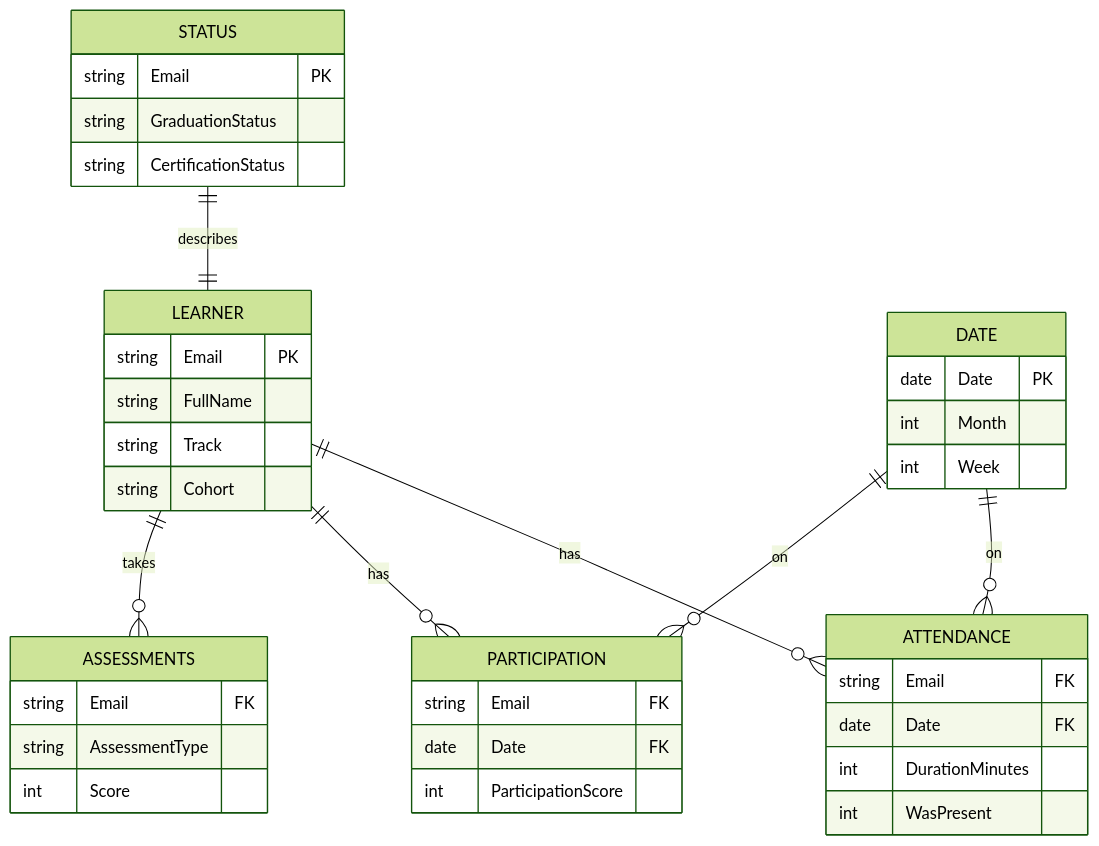
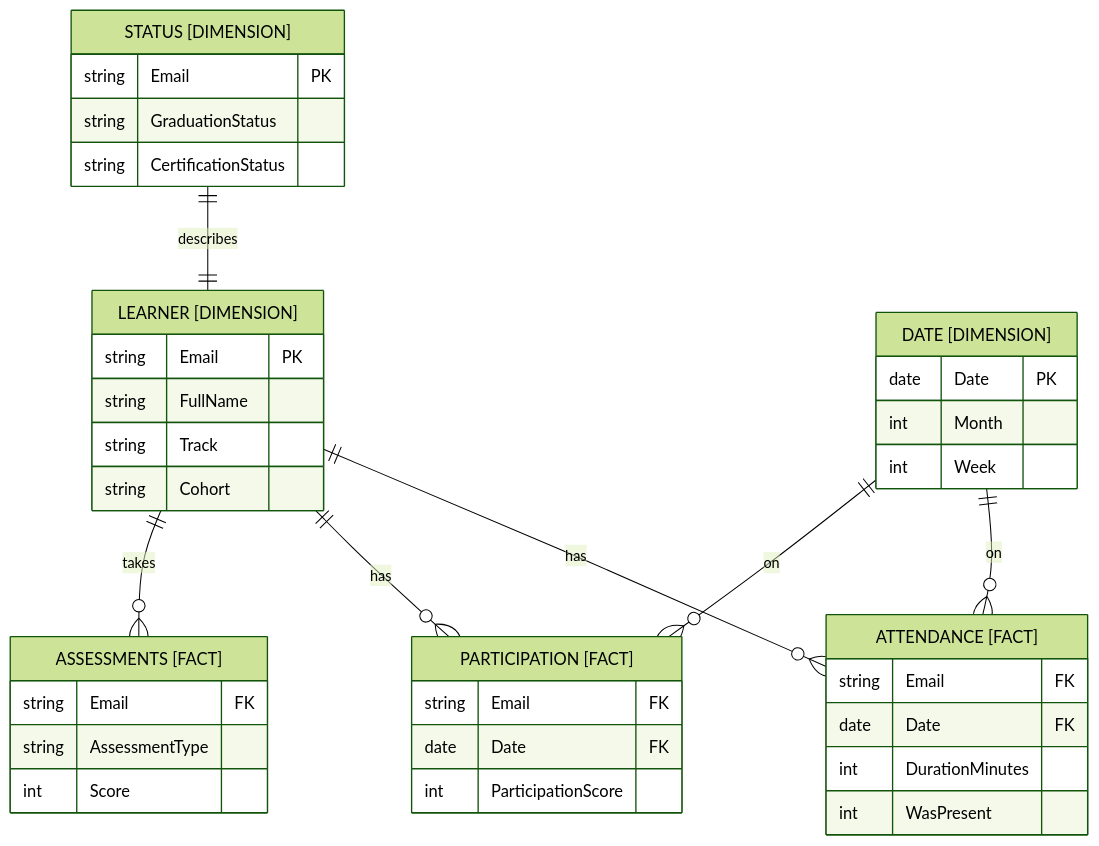
One commit to henryantwi/Mod-8-Power-Bl-Dashboard-for-Tracking-Student-Progress-and-Performance-Dare-Careers changed the diagram in README.md. Above: the diagram before and after it, drawn with Mermaid (forest theme).

Commit message:
docs: Enhance ER diagram readability in README by adding table types and improving section comments.

````diff
--- a/README.md
+++ b/README.md
@@ -70,48 +70,48 @@
 ```mermaid
 erDiagram
-    %% Dimensions
-    LEARNER {
+    %% ── DIMENSION TABLES ──────────────────────────────────────────
+    LEARNER["LEARNER [DIMENSION]"] {
         string Email PK
         string FullName
         string Track
         string Cohort
     }
-    DATE {
+    DATE["DATE [DIMENSION]"] {
         date Date PK
         int Month
         int Week
     }
-    STATUS {
+    STATUS["STATUS [DIMENSION]"] {
         string Email PK
         string GraduationStatus
         string CertificationStatus
     }
 
-    %% Fact Tables
-    ATTENDANCE {
+    %% ── FACT TABLES ───────────────────────────────────────────────
+    ATTENDANCE["ATTENDANCE [FACT]"] {
         string Email FK
         date Date FK
         int DurationMinutes
         int WasPresent
     }
-    PARTICIPATION {
+    PARTICIPATION["PARTICIPATION [FACT]"] {
         string Email FK
         date Date FK
         int ParticipationScore
     }
-    ASSESSMENTS {
+    ASSESSMENTS["ASSESSMENTS [FACT]"] {
         string Email FK
         string AssessmentType
         int Score
     }
 
-    %% Relationships
+    %% ── RELATIONSHIPS ─────────────────────────────────────────────
     LEARNER ||--o{ ATTENDANCE : "has"
     LEARNER ||--o{ PARTICIPATION : "has"
     LEARNER ||--o{ ASSESSMENTS : "takes"
-    
+
     DATE ||--o{ ATTENDANCE : "on"
     DATE ||--o{ PARTICIPATION : "on"
-    
+
     STATUS ||--|| LEARNER : "describes"
 ```
````
